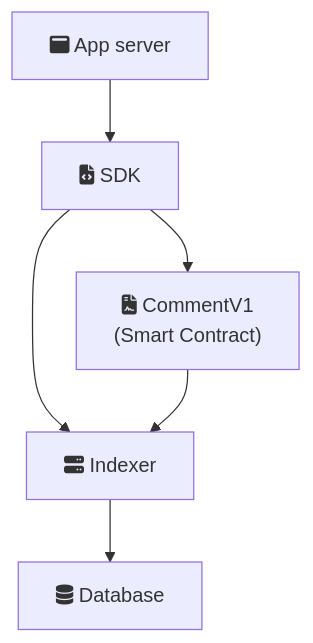
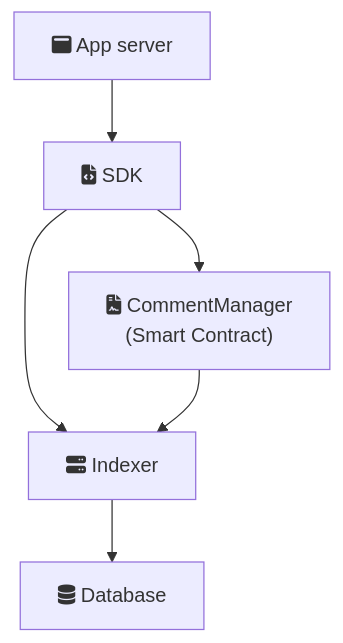
One commit to ecp-eth/comments-monorepo changed the diagram in docs/pages/architecture-overview.mdx. Above: the diagram before and after it, drawn with Mermaid. The commit also changed other lines of this file and 143 other files, not shown here.

````diff
--- a/docs/pages/architecture-overview.mdx
+++ b/docs/pages/architecture-overview.mdx
@@ -7,8 +7,8 @@
 ```mermaid
 graph TD
     A[fa:fa-window-maximize App server] --> B["fa:fa-file-code SDK"]
-    B --> C["fa:fa-file-contract CommentV1\n(Smart Contract)"]
+    B --> C["fa:fa-file-contract CommentManager\n(Smart Contract)"]
     B --> D[fa:fa-server Indexer]
     D --> E[fa:fa-database Database]
     C --> D
 ```
````
